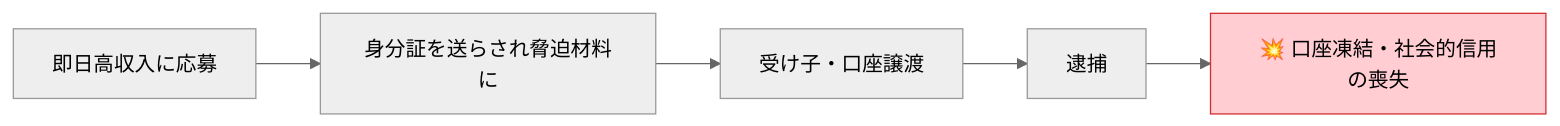
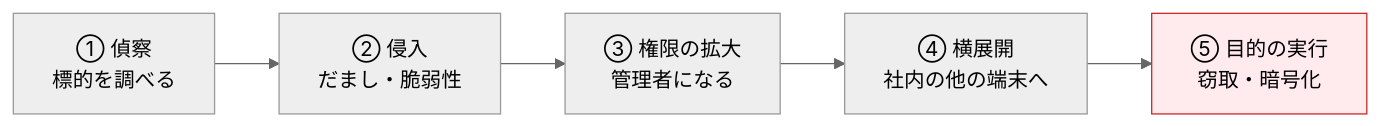
One commit to kashiwabarakenji/multimedia changed the first of 3 diagrams in security.qmd. Above: the diagram before and after it, drawn with Mermaid (neutral theme). The commit also changed other lines of this file and 1 other file, not shown here.

````diff
--- a/security.qmd
+++ b/security.qmd
@@ -164,8 +91,8 @@
 ```{mermaid}
 flowchart LR
-    A[即日高収入に応募] --> B[身分証を送らされ脅迫材料に]
-    B --> C[受け子・口座譲渡]
-    C --> D[逮捕]
-    D --> E[💥 口座凍結・社会的信用の喪失]
-    style E fill:#ffcdd2,stroke:#d32f2f
+    A["① 偵察<br/>標的を調べる"] --> B["② 侵入<br/>だまし・脆弱性"]
+    B --> C["③ 権限の拡大<br/>管理者になる"]
+    C --> D["④ 横展開<br/>社内の他の端末へ"]
+    D --> E["⑤ 目的の実行<br/>窃取・暗号化"]
+    style E fill:#ffebee,stroke:#c62828
 ```
````
